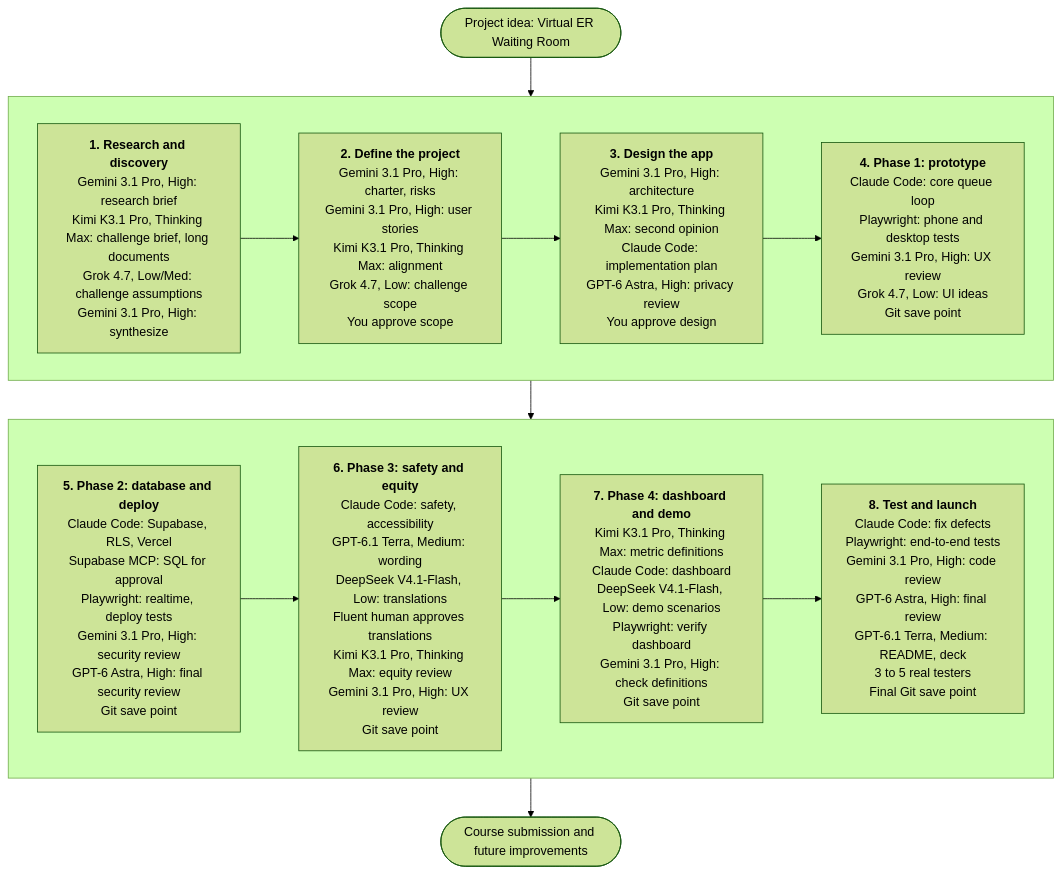
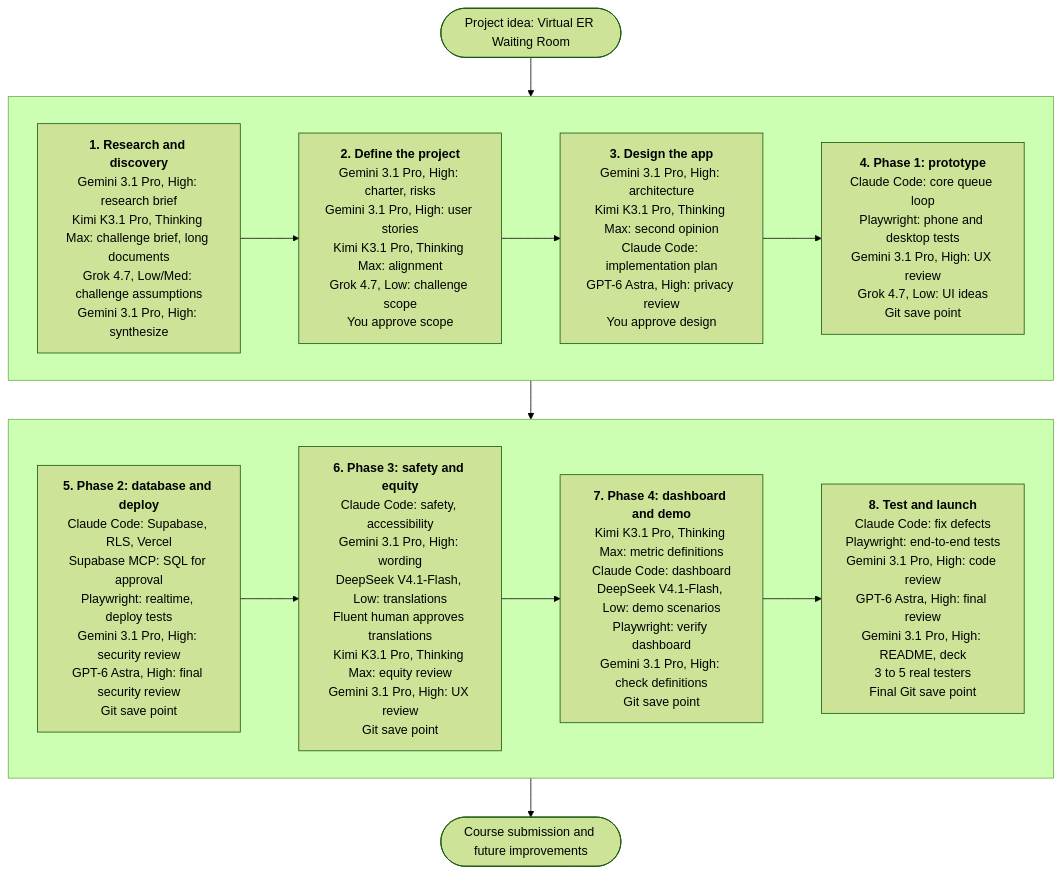
Before and after one commit to mgoldenitz/virtual-er: the diagram in ai_model_workflow_virtual_er.md, drawn with Mermaid (forest theme). The commit also changed other lines of this file and 3 other files, not shown here.

Commit message:
Phase 3: Gemini replaces Terra; wording handoff ready

````diff
--- a/ai_model_workflow_virtual_er.md
+++ b/ai_model_workflow_virtual_er.md
@@ -30,26 +30,26 @@
 ```mermaid
 flowchart TD
     A([Project idea: Virtual ER Waiting Room])
 
     subgraph R1[" "]
         direction LR
         B["<b>1. Research and discovery</b><br>Gemini 3.1 Pro, High: research brief<br>Kimi K3.1 Pro, Thinking Max: challenge brief, long documents<br>Grok 4.7, Low/Med: challenge assumptions<br>Gemini 3.1 Pro, High: synthesize"]
         C["<b>2. Define the project</b><br>Gemini 3.1 Pro, High: charter, risks<br>Gemini 3.1 Pro, High: user stories<br>Kimi K3.1 Pro, Thinking Max: alignment<br>Grok 4.7, Low: challenge scope<br>You approve scope"]
         D["<b>3. Design the app</b><br>Gemini 3.1 Pro, High: architecture<br>Kimi K3.1 Pro, Thinking Max: second opinion<br>Claude Code: implementation plan<br>GPT-6 Astra, High: privacy review<br>You approve design"]
         E["<b>4. Phase 1: prototype</b><br>Claude Code: core queue loop<br>Playwright: phone and desktop tests<br>Gemini 3.1 Pro, High: UX review<br>Grok 4.7, Low: UI ideas<br>Git save point"]
         B --> C --> D --> E
     end
 
     subgraph R2[" "]
         direction LR
         F["<b>5. Phase 2: database and deploy</b><br>Claude Code: Supabase, RLS, Vercel<br>Supabase MCP: SQL for approval<br>Playwright: realtime, deploy tests<br>Gemini 3.1 Pro, High: security review<br>GPT-6 Astra, High: final security review<br>Git save point"]
-        G["<b>6. Phase 3: safety and equity</b><br>Claude Code: safety, accessibility<br>GPT-6.1 Terra, Medium: wording<br>DeepSeek V4.1-Flash, Low: translations<br>Fluent human approves translations<br>Kimi K3.1 Pro, Thinking Max: equity review<br>Gemini 3.1 Pro, High: UX review<br>Git save point"]
+        G["<b>6. Phase 3: safety and equity</b><br>Claude Code: safety, accessibility<br>Gemini 3.1 Pro, High: wording<br>DeepSeek V4.1-Flash, Low: translations<br>Fluent human approves translations<br>Kimi K3.1 Pro, Thinking Max: equity review<br>Gemini 3.1 Pro, High: UX review<br>Git save point"]
         H["<b>7. Phase 4: dashboard and demo</b><br>Kimi K3.1 Pro, Thinking Max: metric definitions<br>Claude Code: dashboard<br>DeepSeek V4.1-Flash, Low: demo scenarios<br>Playwright: verify dashboard<br>Gemini 3.1 Pro, High: check definitions<br>Git save point"]
-        I["<b>8. Test and launch</b><br>Claude Code: fix defects<br>Playwright: end-to-end tests<br>Gemini 3.1 Pro, High: code review<br>GPT-6 Astra, High: final review<br>GPT-6.1 Terra, Medium: README, deck<br>3 to 5 real testers<br>Final Git save point"]
+        I["<b>8. Test and launch</b><br>Claude Code: fix defects<br>Playwright: end-to-end tests<br>Gemini 3.1 Pro, High: code review<br>GPT-6 Astra, High: final review<br>Gemini 3.1 Pro, High: README, deck<br>3 to 5 real testers<br>Final Git save point"]
         F --> G --> H --> I
     end
 
     J([Course submission and future improvements])
 
     A --> R1 --> R2 --> J
 ```
````
